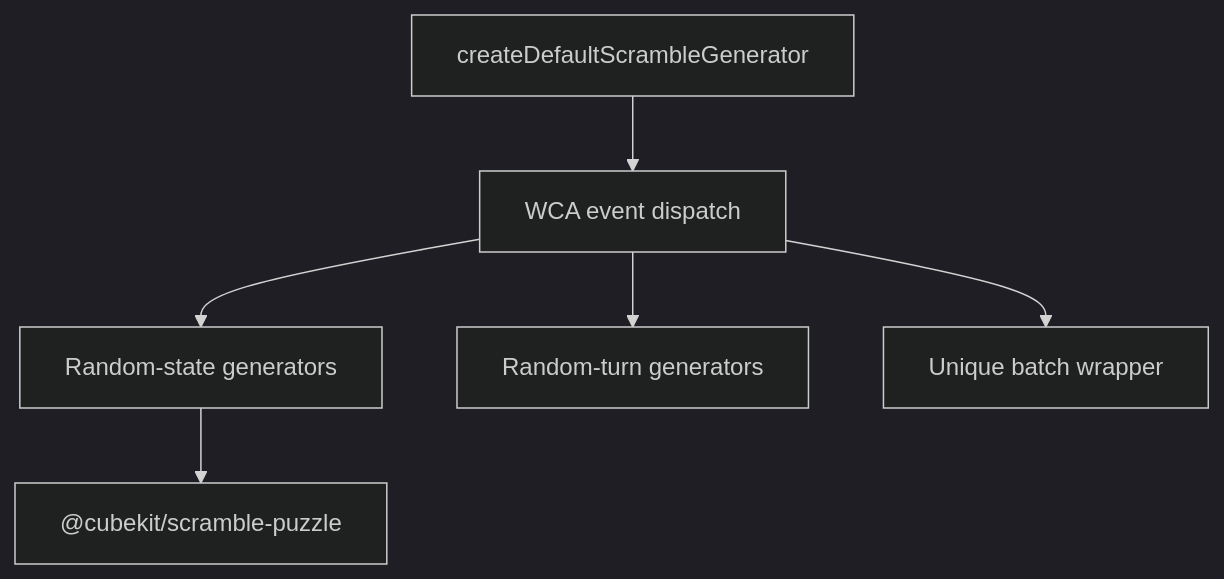
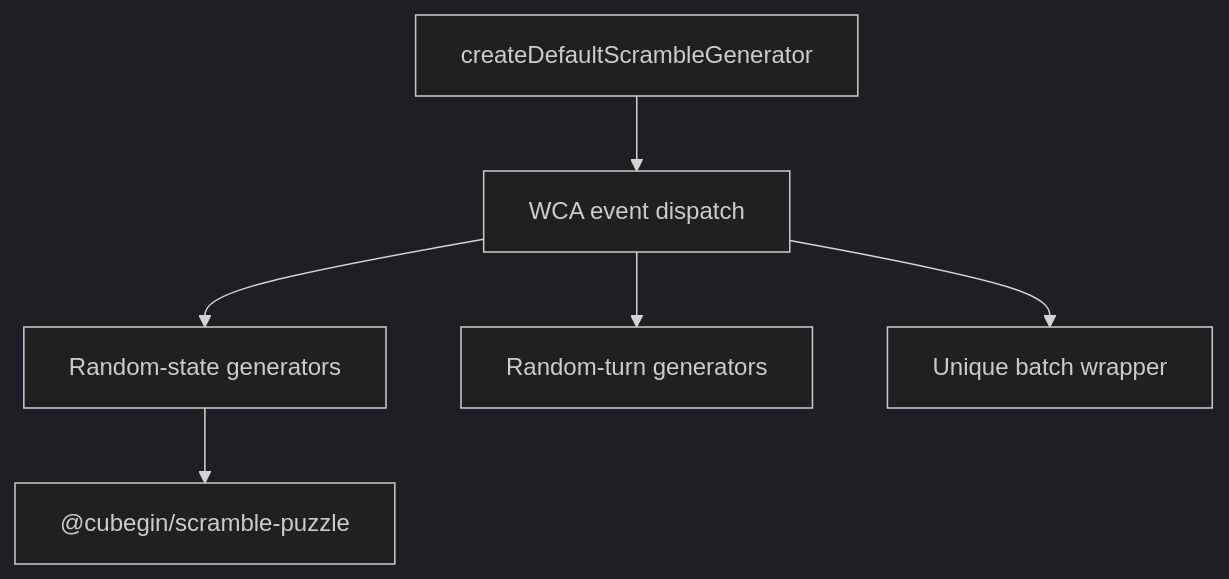
Before and after one commit to deweyou/cube-kit: the diagram in docs/packages/scramble-core/index.md, drawn with Mermaid (dark theme). The commit also changed other lines of this file and 164 other files, not shown here.

````diff
--- a/docs/packages/scramble-core/index.md
+++ b/docs/packages/scramble-core/index.md
@@ -3,8 +3,8 @@
 ```mermaid
 flowchart TD
     Facade["createDefaultScrambleGenerator"] --> Dispatch["WCA event dispatch"]
     Dispatch --> RandomState["Random-state generators"]
     Dispatch --> RandomTurns["Random-turn generators"]
     Dispatch --> Batch["Unique batch wrapper"]
-    RandomState --> Puzzle["@cubekit/scramble-puzzle"]
+    RandomState --> Puzzle["@cubegin/scramble-puzzle"]
 ```
````
